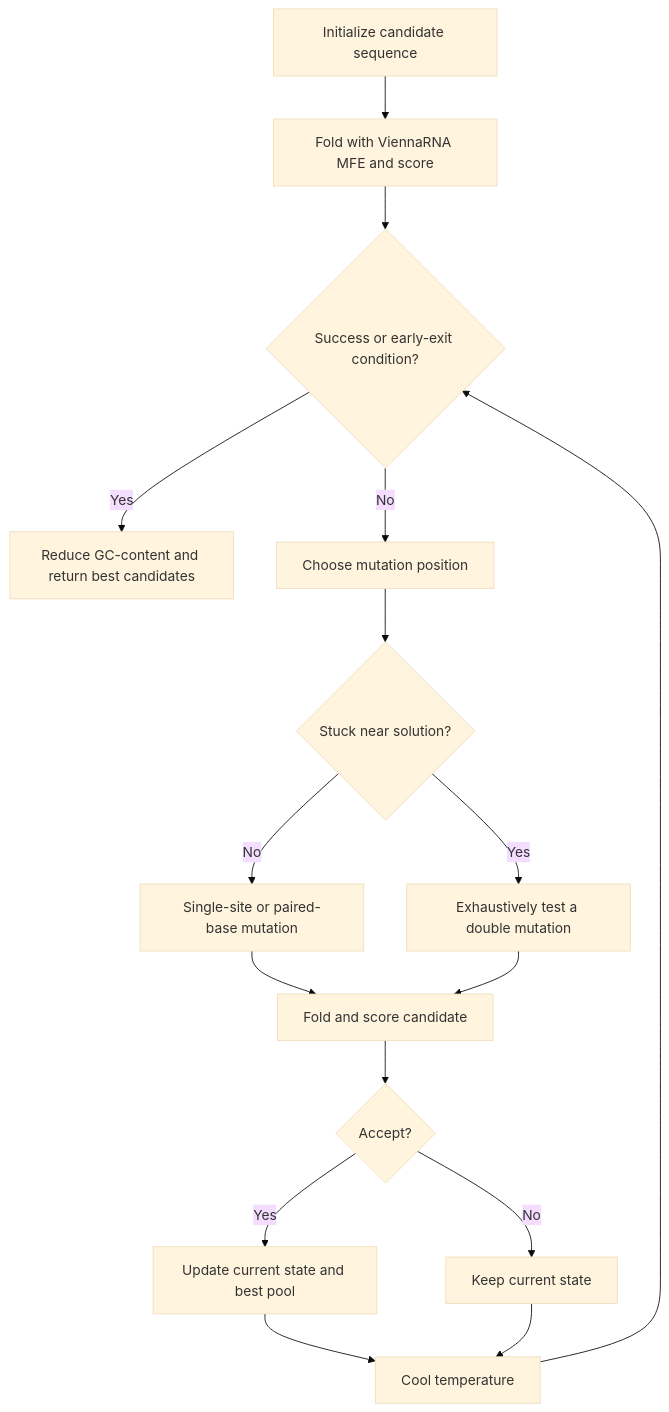
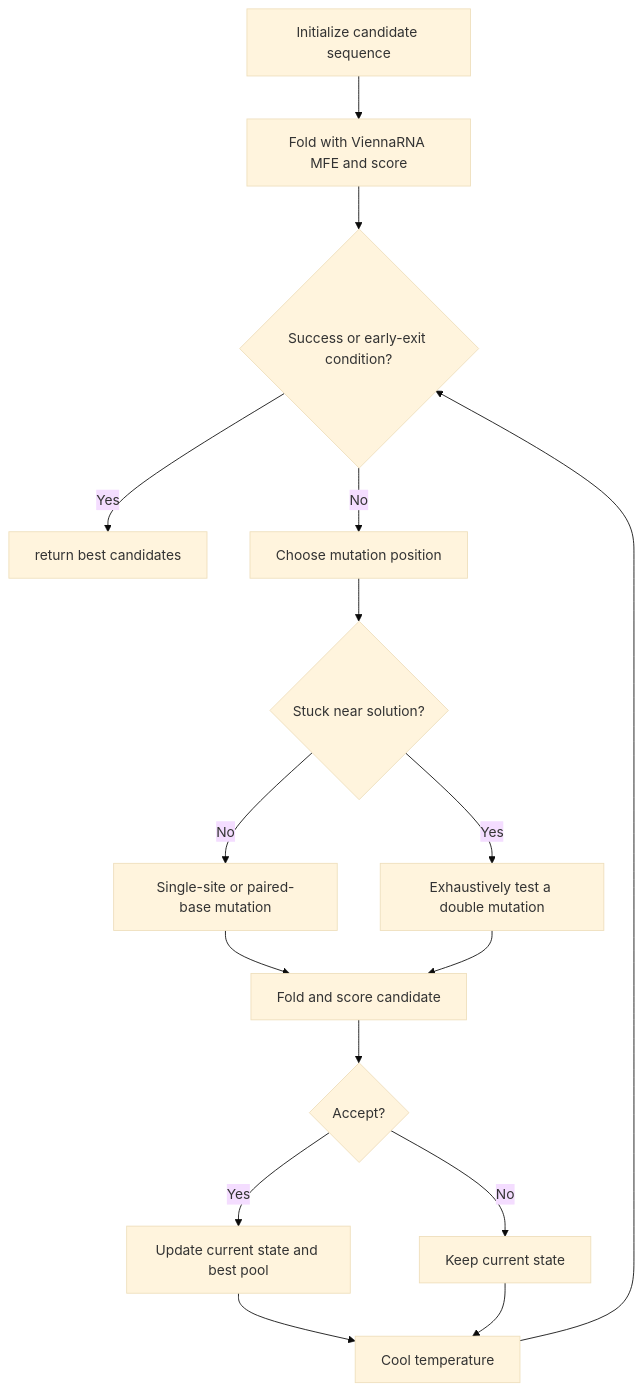
The third of 3 diagrams in README.md (HenrikMengkrogen/Ribologic_iGEM_BACKUP), drawn with Mermaid (base theme) before and after one commit.

````diff
--- a/README.md
+++ b/README.md
@@ -72,18 +72,18 @@
 ```mermaid
 flowchart TD
     A[Initialize candidate sequence] --> B[Fold with ViennaRNA MFE and score]
     B --> C{Success or early-exit condition?}
-    C -- Yes --> Z[Reduce GC-content and return best candidates]
+    C -- Yes --> Z[return best candidates]
     C -- No --> D[Choose mutation position]
     D --> E{Stuck near solution?}
     E -- No --> F[Single-site or paired-base mutation]
     E -- Yes --> G[Exhaustively test a double mutation]
     F --> H[Fold and score candidate]
     G --> H
     H --> I{Accept?}
     I -- Yes --> J[Update current state and best pool]
     I -- No --> K[Keep current state]
     J --> L[Cool temperature]
     K --> L
     L --> C
 ```
````
